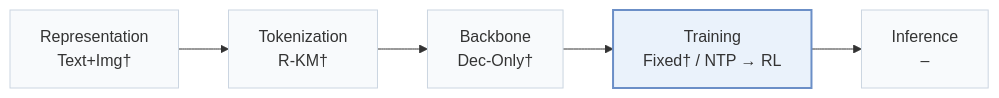
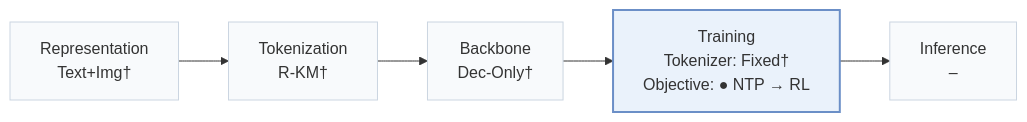
One commit to Galaxy-ghost/Awesome-SID-Generative-Rec changed the first of 2 diagrams in pages/papers/sage-sid.md. Above: the diagram before and after it, drawn with Mermaid. The commit also changed other lines of this file and 558 other files, not shown here.

````diff
--- a/pages/papers/sage-sid.md
+++ b/pages/papers/sage-sid.md
@@ -15,8 +18,8 @@
 ```mermaid
 flowchart LR
-    R["Representation<br/>Text+Img†"] --> T["Tokenization<br/>R-KM†"] --> B["Backbone<br/>Dec-Only†"] --> TR["Training<br/>Fixed† / NTP → RL"] --> I["Inference<br/>–"]
+    R["Representation<br/>Text+Img†"] --> T["Tokenization<br/>R-KM†"] --> B["Backbone<br/>Dec-Only†"] --> TR["Training<br/>Tokenizer: Fixed†<br/>Objective: ● NTP → RL"] --> I["Inference<br/>–"]
     classDef base fill:#f8fafc,stroke:#cbd5e1
     class R,T,B,TR,I base
     classDef main fill:#eaf2fb,stroke:#6b8fc7,stroke-width:2px
     class TR main
 ```
````
